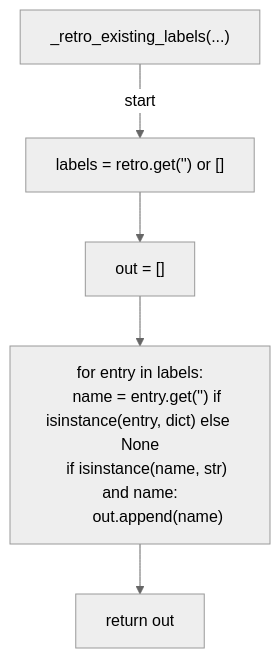
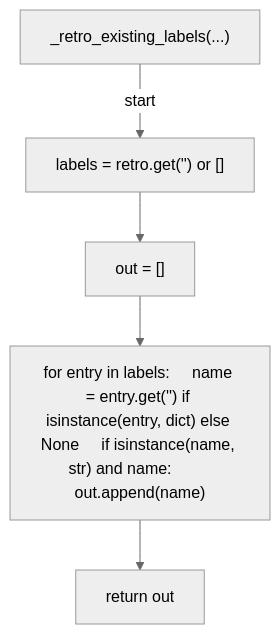
One commit to tvna/claude-md changed diagram 17 of 20 in docs/generated/scripts/ast/scan_retro_followup_drift.md. Above: the diagram before and after it, drawn with Mermaid (neutral theme). The commit also changed other lines of this file and 23 other files, not shown here.

First line of the commit message:
docs(generated): regenerate decision tree and workflow diagrams (batch 4/5)

````diff
--- a/docs/generated/scripts/ast/scan_retro_followup_drift.md
+++ b/docs/generated/scripts/ast/scan_retro_followup_drift.md
@@ -314,15 +313,12 @@
 ```mermaid
 flowchart TD
     N001["_retro_existing_labels(...)"]
     N002["labels = retro.get('<str>') or []"]
     N003["out = []"]
-    N004["for entry in labels:
-    name = entry.get('<str>') if isinstance(entry, dict) else None
-    if isinstance(name, str) and name:
-        out.append(name)"]
+    N004["for entry in labels:     name = entry.get('<str>') if isinstance(entry, dict) else None     if isinstance(name, str) and name:         out.append(name)"]
     N005["return out"]
     N001 -->|"start"| N002
     N002 --> N003
     N003 --> N004
     N004 --> N005
 ```
````
